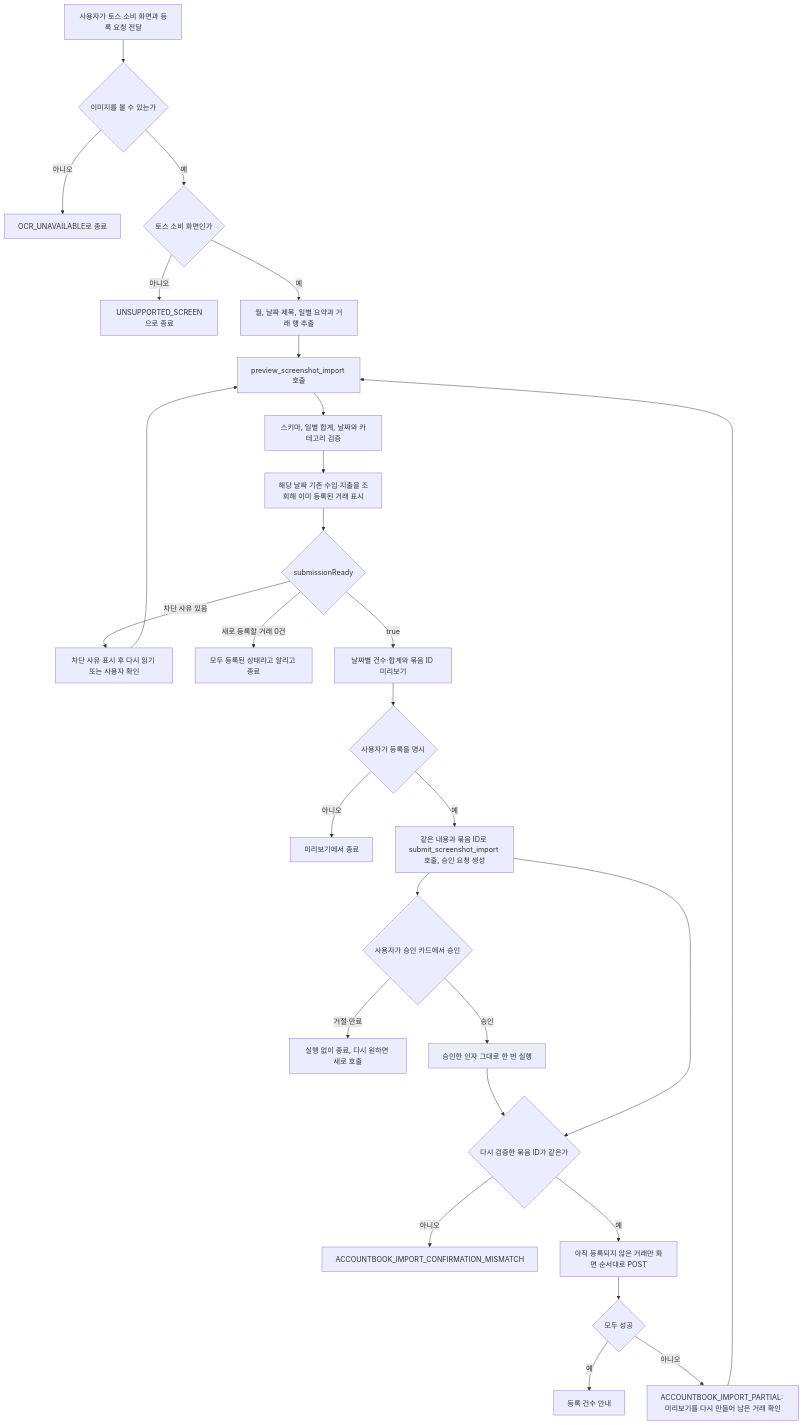
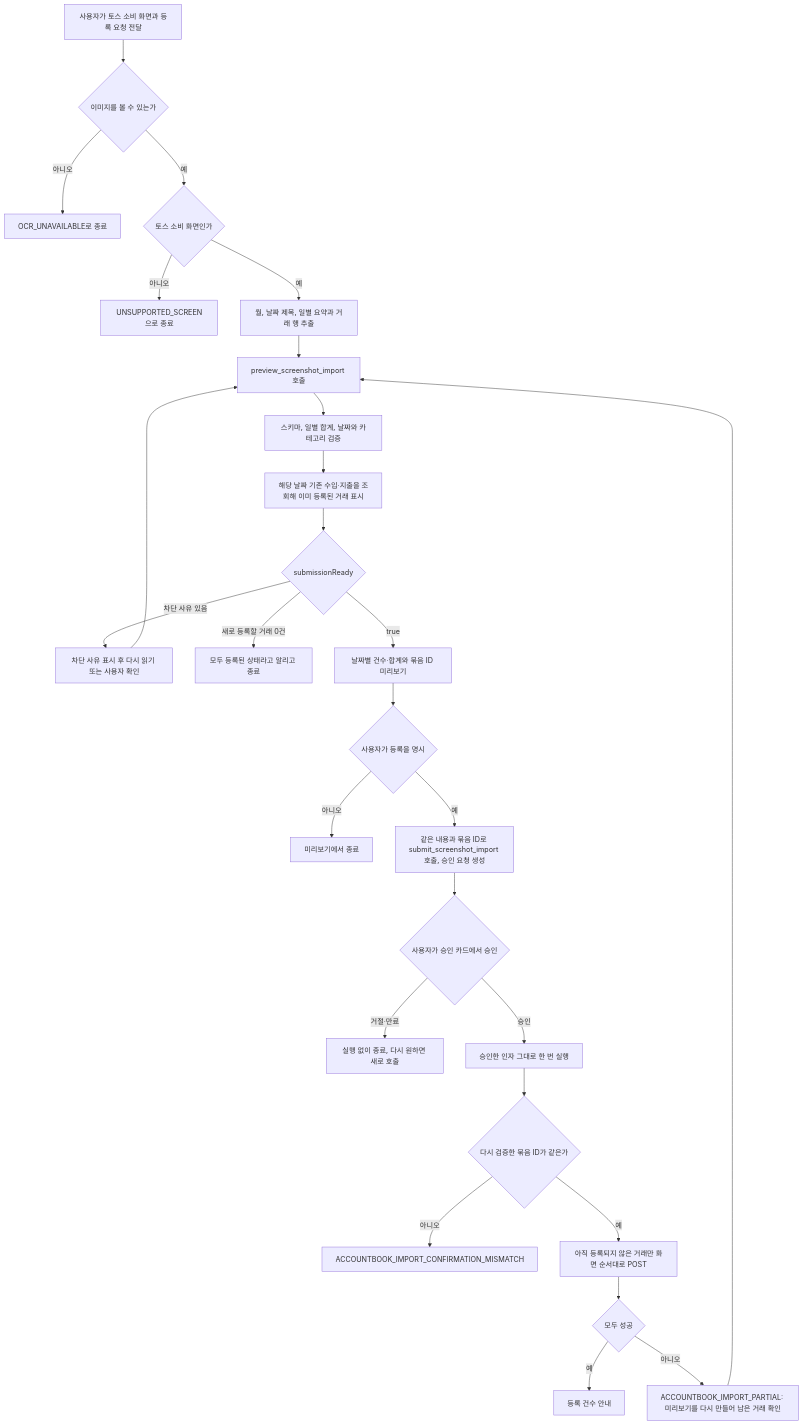
Before and after one commit to jon890/fos-agents: the first of 2 diagrams in accountbook/docs/flow.md, drawn with Mermaid.

Commit message:
fix(accountbook): 가져오기 흐름도에서 승인 없이 등록하는 간선을 제거한다

````diff
--- a/accountbook/docs/flow.md
+++ b/accountbook/docs/flow.md
@@ -5,30 +5,29 @@
 ```mermaid
 flowchart TD
   A[사용자가 토스 소비 화면과 등록 요청 전달] --> B{이미지를 볼 수 있는가}
   B -->|아니오| C[OCR_UNAVAILABLE로 종료]
   B -->|예| D{토스 소비 화면인가}
   D -->|아니오| E[UNSUPPORTED_SCREEN으로 종료]
   D -->|예| F[월, 날짜 제목, 일별 요약과 거래 행 추출]
   F --> G[preview_screenshot_import 호출]
   G --> H[스키마, 일별 합계, 날짜와 카테고리 검증]
   H --> I[해당 날짜 기존 수입·지출을 조회해 이미 등록된 거래 표시]
   I --> J{submissionReady}
   J -->|차단 사유 있음| K[차단 사유 표시 후 다시 읽기 또는 사용자 확인]
   K --> G
   J -->|새로 등록할 거래 0건| V[모두 등록된 상태라고 알리고 종료]
   J -->|true| L[날짜별 건수·합계와 묶음 ID 미리보기]
   L --> M{사용자가 등록을 명시}
   M -->|아니오| N[미리보기에서 종료]
   M -->|예| O[같은 내용과 묶음 ID로 submit_screenshot_import 호출, 승인 요청 생성]
   O --> W{사용자가 승인 카드에서 승인}
   W -->|거절·만료| X[실행 없이 종료, 다시 원하면 새로 호출]
   W -->|승인| Y[승인한 인자 그대로 한 번 실행]
-  Y --> P
-  O --> P{다시 검증한 묶음 ID가 같은가}
+  Y --> P{다시 검증한 묶음 ID가 같은가}
   P -->|아니오| Q[ACCOUNTBOOK_IMPORT_CONFIRMATION_MISMATCH]
   P -->|예| R[아직 등록되지 않은 거래만 화면 순서대로 POST]
   R --> S{모두 성공}
   S -->|예| T[등록 건수 안내]
   S -->|아니오| U[ACCOUNTBOOK_IMPORT_PARTIAL: 미리보기를 다시 만들어 남은 거래 확인]
   U --> G
 ```
````
